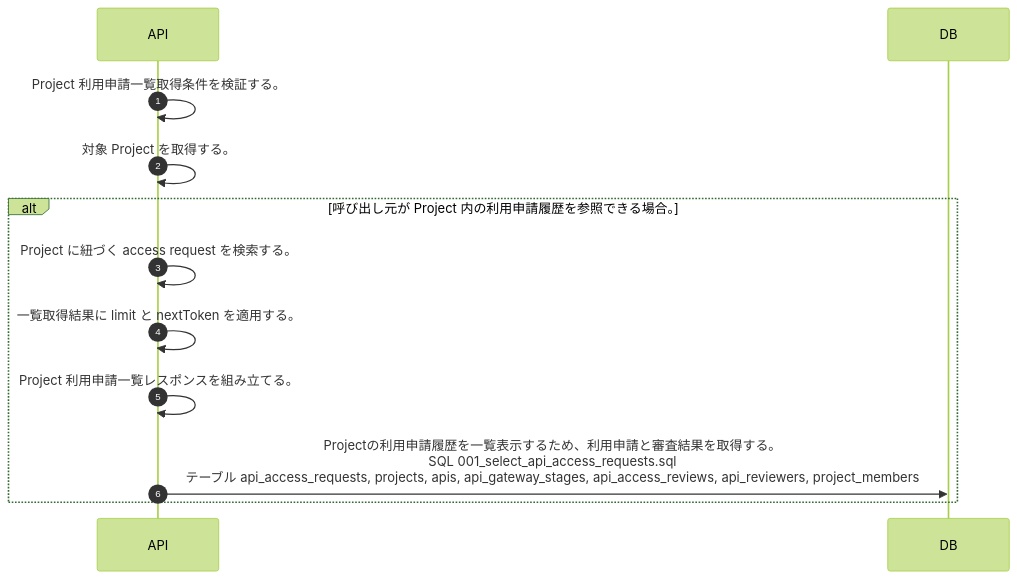
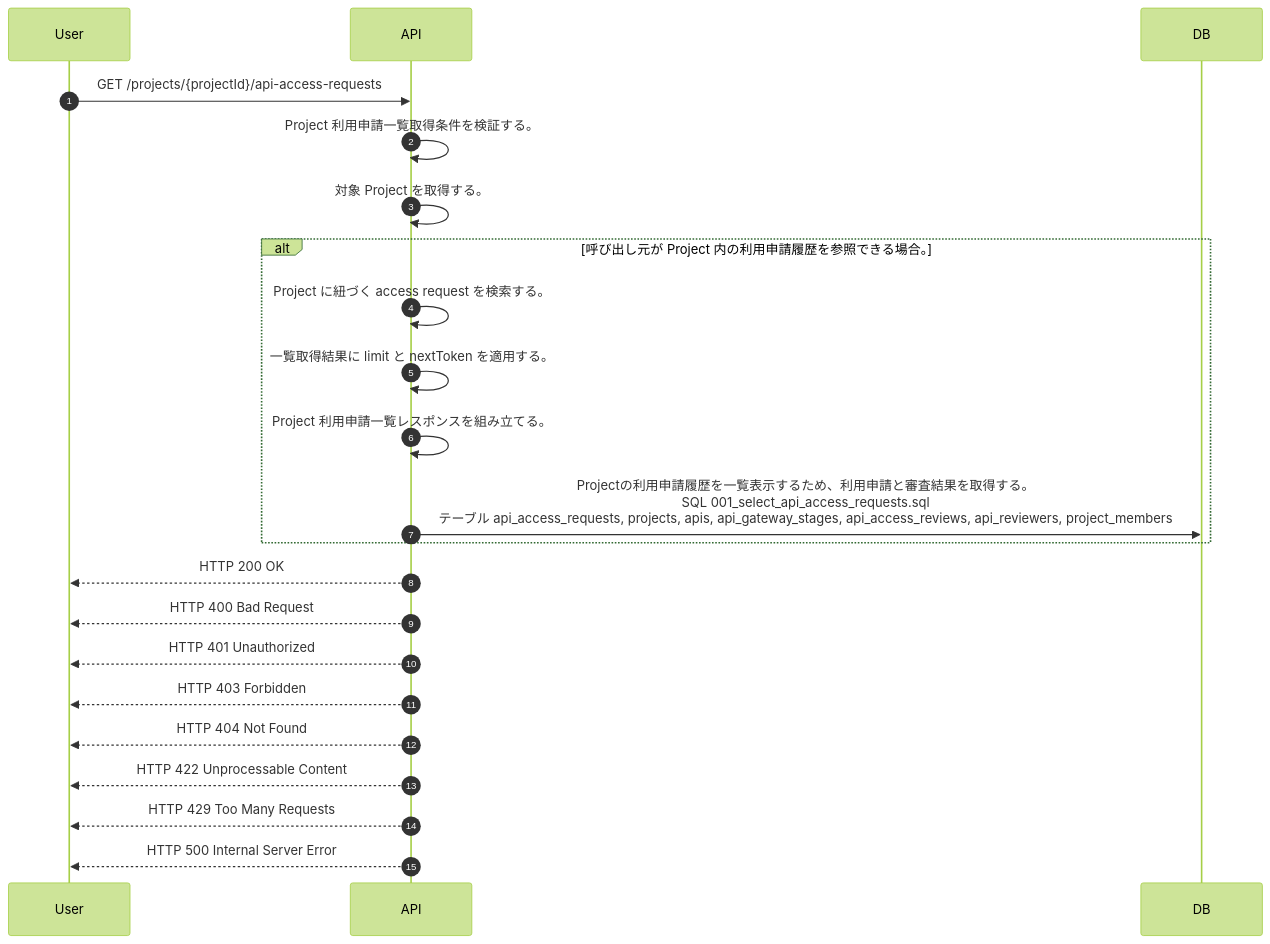
Before and after one commit to tsuji-tomonori/lazunex: the diagram in docs/spec/40.apis/projects/list_project_api_access_requests/sequence_gen.md, drawn with Mermaid (forest theme). The commit also changed 21 other files, not shown here.

Commit message:
✨ feat(sequence): HTTP status を sequence 生成に反映

````diff
--- a/docs/spec/40.apis/projects/list_project_api_access_requests/sequence_gen.md
+++ b/docs/spec/40.apis/projects/list_project_api_access_requests/sequence_gen.md
@@ -5,14 +5,24 @@
 ```mermaid
 sequenceDiagram
   autonumber
+  participant User as User
   participant API as API
   participant DB as DB
+  User->>API: GET /projects/{projectId}/api-access-requests
   API->>API: Project 利用申請一覧取得条件を検証する。
   API->>API: 対象 Project を取得する。
   alt 呼び出し元が Project 内の利用申請履歴を参照できる場合。
     API->>API: Project に紐づく access request を検索する。
     API->>API: 一覧取得結果に limit と nextToken を適用する。
     API->>API: Project 利用申請一覧レスポンスを組み立てる。
     API->>DB: Projectの利用申請履歴を一覧表示するため、利用申請と審査結果を取得する。<br/>SQL 001_select_api_access_requests.sql<br/>テーブル api_access_requests, projects, apis, api_gateway_stages, api_access_reviews, api_reviewers, project_members
   end
+  API-->>User: HTTP 200 OK
+  API-->>User: HTTP 400 Bad Request
+  API-->>User: HTTP 401 Unauthorized
+  API-->>User: HTTP 403 Forbidden
+  API-->>User: HTTP 404 Not Found
+  API-->>User: HTTP 422 Unprocessable Content
+  API-->>User: HTTP 429 Too Many Requests
+  API-->>User: HTTP 500 Internal Server Error
 ```
````
